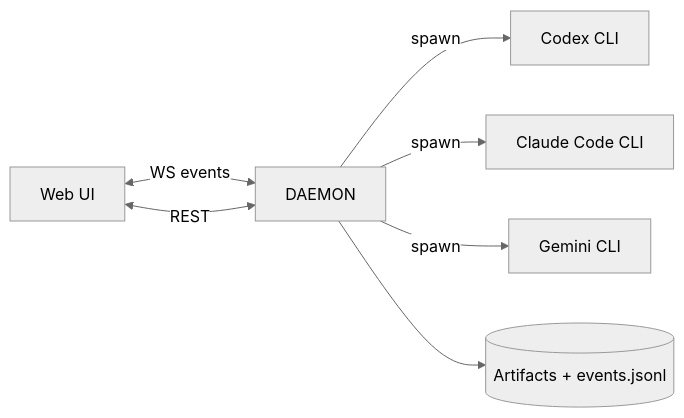
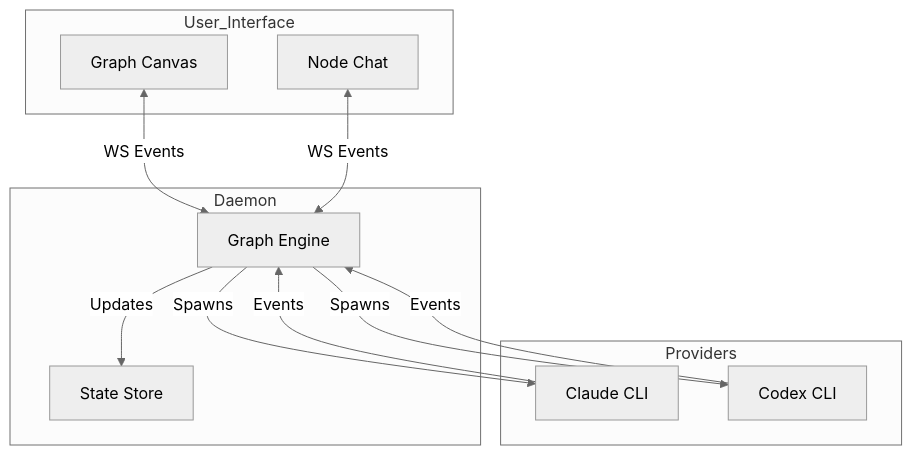
One commit to Volpestyle/vuhlp-code changed the diagram in docs/03-architecture.md. Above: the diagram before and after it, drawn with Mermaid (neutral theme). The commit also changed other lines of this file and 14 other files, not shown here.

First line of the commit message:
docs: refactor for graph-first flexible orchestration

````diff
--- a/docs/03-architecture.md
+++ b/docs/03-architecture.md
@@ -43,11 +36,27 @@
 ```mermaid
-flowchart LR
-  UI[Web UI] <-- WS events --> DAEMON
-  UI <-- REST --> DAEMON
+flowchart TB
+  subgraph User_Interface
+    UI_Graph[Graph Canvas]
+    UI_Chat[Node Chat]
+  end
 
-  DAEMON -->|spawn| CODEX[Codex CLI]
-  DAEMON -->|spawn| CLAUDE[Claude Code CLI]
-  DAEMON -->|spawn| GEMINI[Gemini CLI]
+  subgraph Daemon
+    Engine[Graph Engine]
+    Store[State Store]
+  end
 
-  DAEMON --> FS[(Artifacts + events.jsonl)]
+  subgraph Providers
+    Claude[Claude CLI]
+    Codex[Codex CLI]
+  end
+
+  UI_Graph <-->|WS Events| Engine
+  UI_Chat <-->|WS Events| Engine
+
+  Engine -- Updates --> Store
+  Engine -- Spawns --> Claude
+  Engine -- Spawns --> Codex
+
+  Claude -->|Events| Engine
+  Codex -->|Events| Engine
 ```
````
